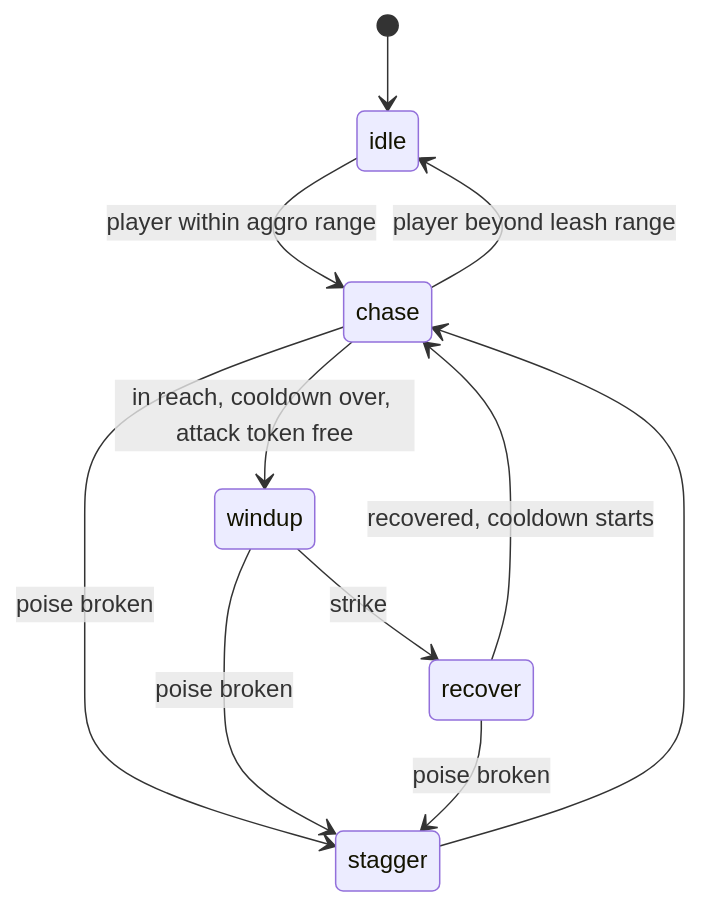
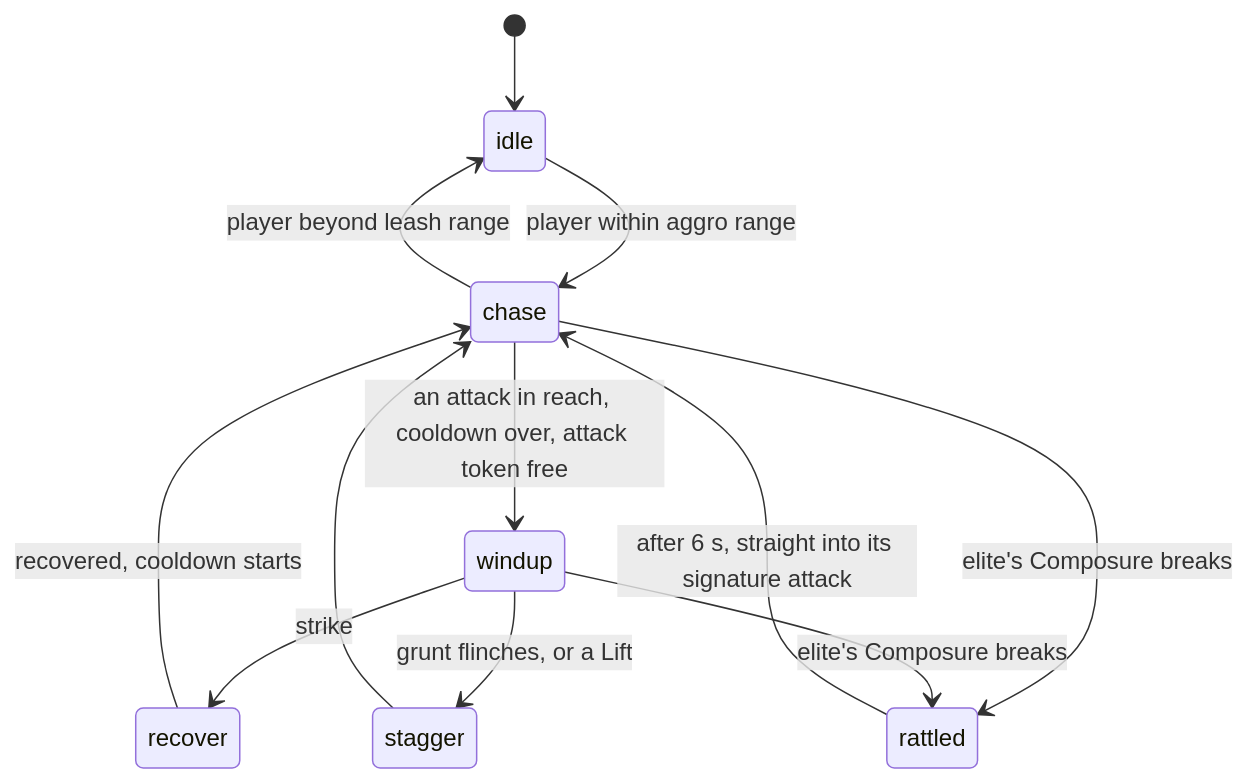
Before and after one commit to GatTrolls/AeloriaBase: the diagram in docs/systems/enemy-ai.md, drawn with Mermaid. The commit also changed other lines of this file and 47 other files, not shown here.

````diff
--- a/docs/systems/enemy-ai.md
+++ b/docs/systems/enemy-ai.md
@@ -13,13 +13,14 @@
 ```mermaid
 stateDiagram-v2
     [*] --> idle
     idle --> chase: player within aggro range
     chase --> idle: player beyond leash range
-    chase --> windup: in reach, cooldown over, attack token free
+    chase --> windup: an attack in reach, cooldown over, attack token free
     windup --> recover: strike
     recover --> chase: recovered, cooldown starts
-    chase --> stagger: poise broken
-    windup --> stagger: poise broken
-    recover --> stagger: poise broken
+    windup --> stagger: grunt flinches, or a Lift
+    chase --> rattled: elite's Composure breaks
+    windup --> rattled: elite's Composure breaks
+    rattled --> chase: after 6 s, straight into its signature attack
     stagger --> chase
 ```
````
